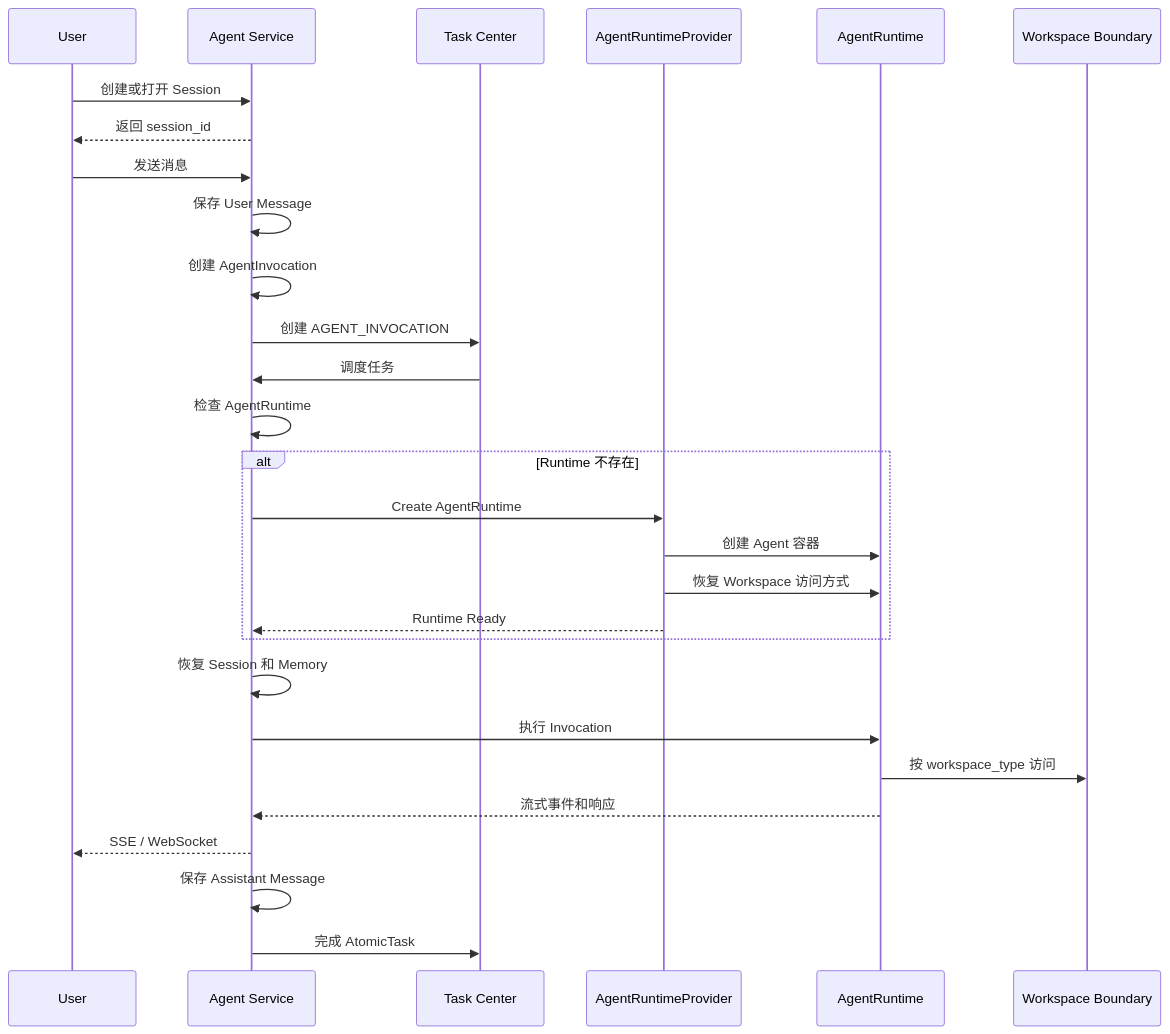
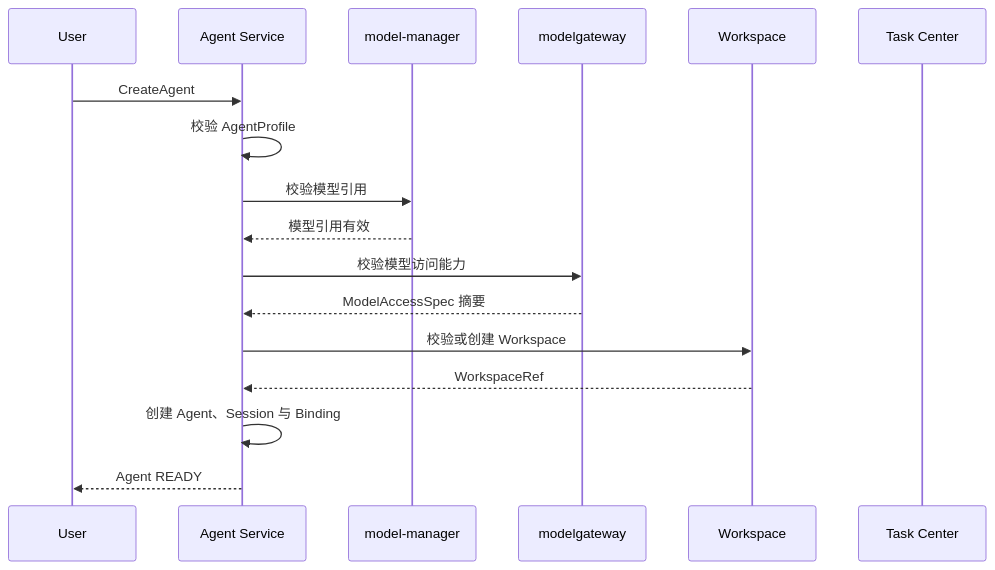
Before and after one commit to wangweihong/omnimam-spec: the fifth of 9 diagrams in 00_product/domains/agent/product-spec.md, drawn with Mermaid. The commit also changed other lines of this file and 36 other files, not shown here.

Commit message:
spec: add agent appstudio infrastructure contracts

````diff
--- a/00_product/domains/agent/product-spec.md
+++ b/00_product/domains/agent/product-spec.md
@@ -1184,35 +1134,24 @@
 ```mermaid
 sequenceDiagram
     participant U as User
     participant AS as Agent Service
+    participant MM as model-manager
+    participant MG as modelgateway
+    participant WS as Workspace
     participant TC as Task Center
-    participant RP as AgentRuntimeProvider
-    participant AR as AgentRuntime
-    participant WS as Workspace Boundary
 
-    U->>AS: 创建或打开 Session
-    AS-->>U: 返回 session_id
+    U->>AS: CreateAgent
+    AS->>AS: 校验 AgentProfile
 
-    U->>AS: 发送消息
-    AS->>AS: 保存 User Message
-    AS->>AS: 创建 AgentInvocation
-    AS->>TC: 创建 AGENT_INVOCATION
+    AS->>MM: 校验模型引用
+    MM-->>AS: 模型引用有效
 
-    TC->>AS: 调度任务
-    AS->>AS: 检查 AgentRuntime
+    AS->>MG: 校验模型访问能力
+    MG-->>AS: ModelAccessSpec 摘要
 
-    alt Runtime 不存在
-        AS->>RP: Create AgentRuntime
-        RP->>AR: 创建 Agent 容器
-        RP->>AR: 恢复 Workspace 访问方式
-        RP-->>AS: Runtime Ready
-    end
+    AS->>WS: 校验或创建 Workspace
+    WS-->>AS: WorkspaceRef
 
-    AS->>AS: 恢复 Session 和 Memory
-    AS->>AR: 执行 Invocation
-    AR->>WS: 按 workspace_type 访问
-    AR-->>AS: 流式事件和响应
-    AS-->>U: SSE / WebSocket
-    AS->>AS: 保存 Assistant Message
-    AS->>TC: 完成 AtomicTask
+    AS->>AS: 创建 Agent、Session 与 Binding
+    AS-->>U: Agent READY
 ```
````
